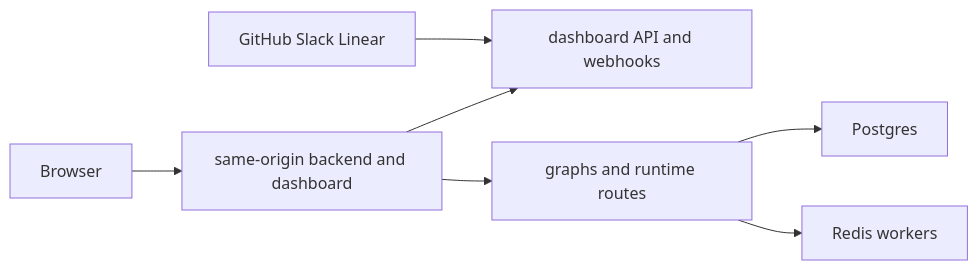
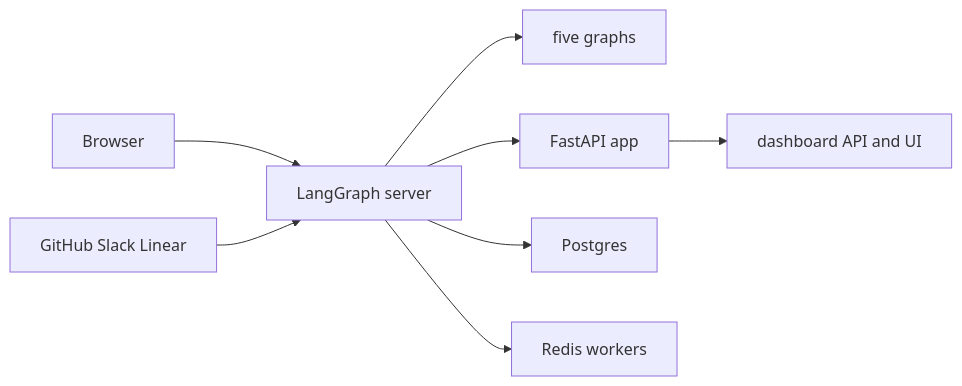
One commit to langchain-ai/open-swe changed the diagram in openwiki/operations/deployment.md. Above: the diagram before and after it, drawn with Mermaid. The commit also changed other lines of this file and 51 other files, not shown here.

````diff
--- a/openwiki/operations/deployment.md
+++ b/openwiki/operations/deployment.md
@@ -135,9 +53,10 @@
 ```mermaid
 flowchart LR
-  User["Browser"] --> Origin["same-origin backend and dashboard"]
-  Origin --> FastAPI["dashboard API and webhooks"]
-  Origin --> LangGraph["graphs and runtime routes"]
-  LangGraph --> Postgres["Postgres"]
-  LangGraph --> Redis["Redis workers"]
-  Webhook["GitHub Slack Linear"] --> FastAPI
+  Browser["Browser"] --> Server["LangGraph server"]
+  Webhooks["GitHub Slack Linear"] --> Server
+  Server --> Graphs["five graphs"]
+  Server --> API["FastAPI app"]
+  API --> Dashboard["dashboard API and UI"]
+  Server --> Postgres["Postgres"]
+  Server --> Redis["Redis workers"]
 ```
````
